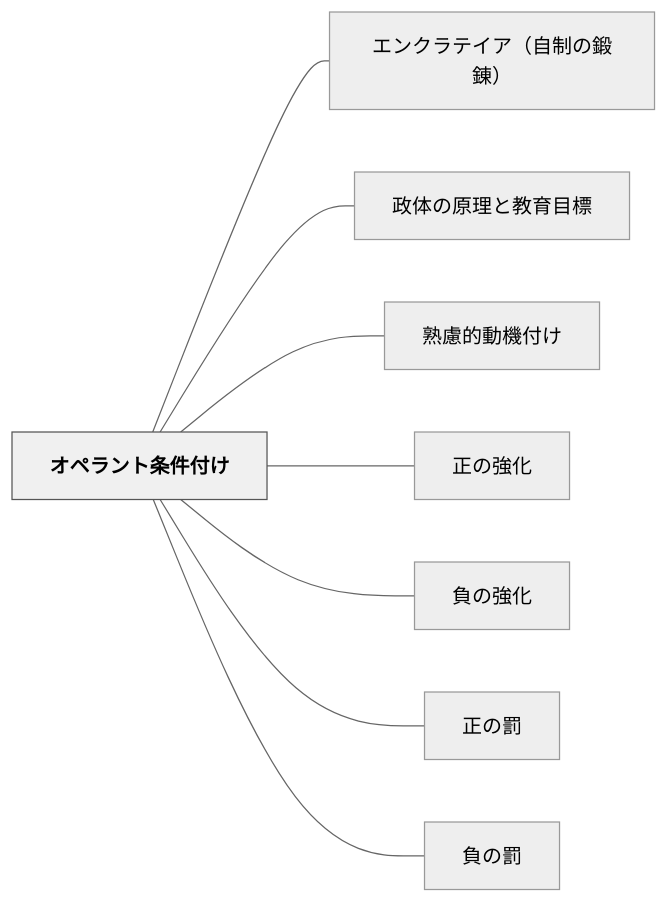
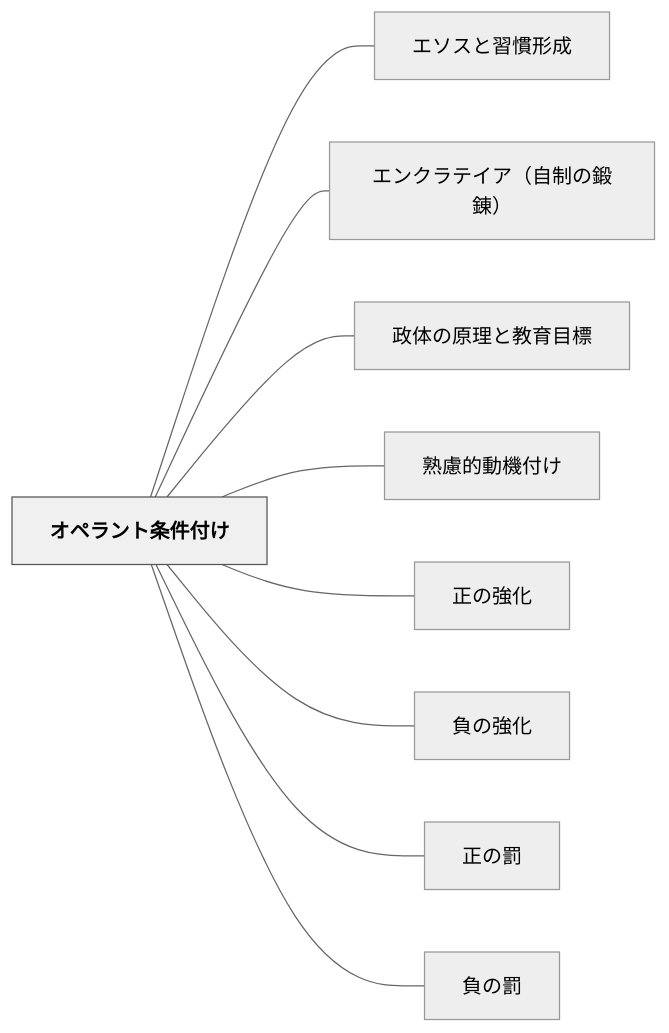
Before and after one commit to unknownthings-ed-patterns/unknownthings-ed-patterns: the diagram in content/パタン/オペラント条件付け.md, drawn with Mermaid (neutral theme). The commit also changed other lines of this file and 47 other files, not shown here.

````diff
--- a/content/パタン/オペラント条件付け.md
+++ b/content/パタン/オペラント条件付け.md
@@ -46,22 +47,24 @@
 ```mermaid
 flowchart LR
     ne382aae3839ae383a9e383b3e38388e69da1e4bbb6e4bb98e38191["オペラント条件付け"]
+    ne382a8e382bde382b9e381a8e7bf92e685a3e5bda2e68890["エソスと習慣形成"]
     ne382a8e383b3e382afe383a9e38386e382a4e382a2efbc88e887aae588b6e381aee98d9be98cacefbc89["エンクラテイア（自制の鍛錬）"]
     ne694bfe4bd93e381aee58e9fe79086e381a8e69599e882b2e79baee6a899["政体の原理と教育目標"]
     ne7869fe685aee79a84e58b95e6a99fe4bb98e38191["熟慮的動機付け"]
     ne6ada3e381aee5bcb7e58c96["正の強化"]
     ne8b2a0e381aee5bcb7e58c96["負の強化"]
     ne6ada3e381aee7bdb0["正の罰"]
     ne8b2a0e381aee7bdb0["負の罰"]
 
+    ne382aae3839ae383a9e383b3e38388e69da1e4bbb6e4bb98e38191 --- ne382a8e382bde382b9e381a8e7bf92e685a3e5bda2e68890
     ne382aae3839ae383a9e383b3e38388e69da1e4bbb6e4bb98e38191 --- ne382a8e383b3e382afe383a9e38386e382a4e382a2efbc88e887aae588b6e381aee98d9be98cacefbc89
     ne382aae3839ae383a9e383b3e38388e69da1e4bbb6e4bb98e38191 --- ne694bfe4bd93e381aee58e9fe79086e381a8e69599e882b2e79baee6a899
     ne382aae3839ae383a9e383b3e38388e69da1e4bbb6e4bb98e38191 --- ne7869fe685aee79a84e58b95e6a99fe4bb98e38191
     ne382aae3839ae383a9e383b3e38388e69da1e4bbb6e4bb98e38191 --- ne6ada3e381aee5bcb7e58c96
     ne382aae3839ae383a9e383b3e38388e69da1e4bbb6e4bb98e38191 --- ne8b2a0e381aee5bcb7e58c96
     ne382aae3839ae383a9e383b3e38388e69da1e4bbb6e4bb98e38191 --- ne6ada3e381aee7bdb0
     ne382aae3839ae383a9e383b3e38388e69da1e4bbb6e4bb98e38191 --- ne8b2a0e381aee7bdb0
 
     classDef hub fill:#f0f0f0,stroke:#555,color:#000,font-weight:bold
     class ne382aae3839ae383a9e383b3e38388e69da1e4bbb6e4bb98e38191 hub
 ```
````
